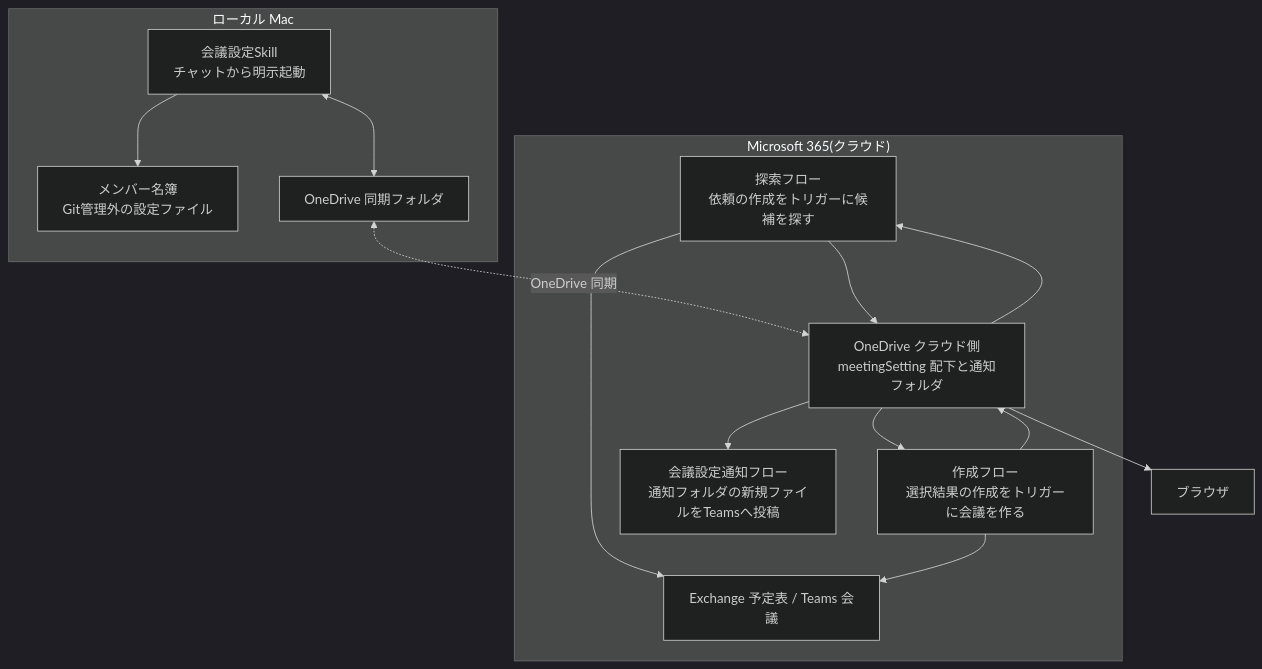
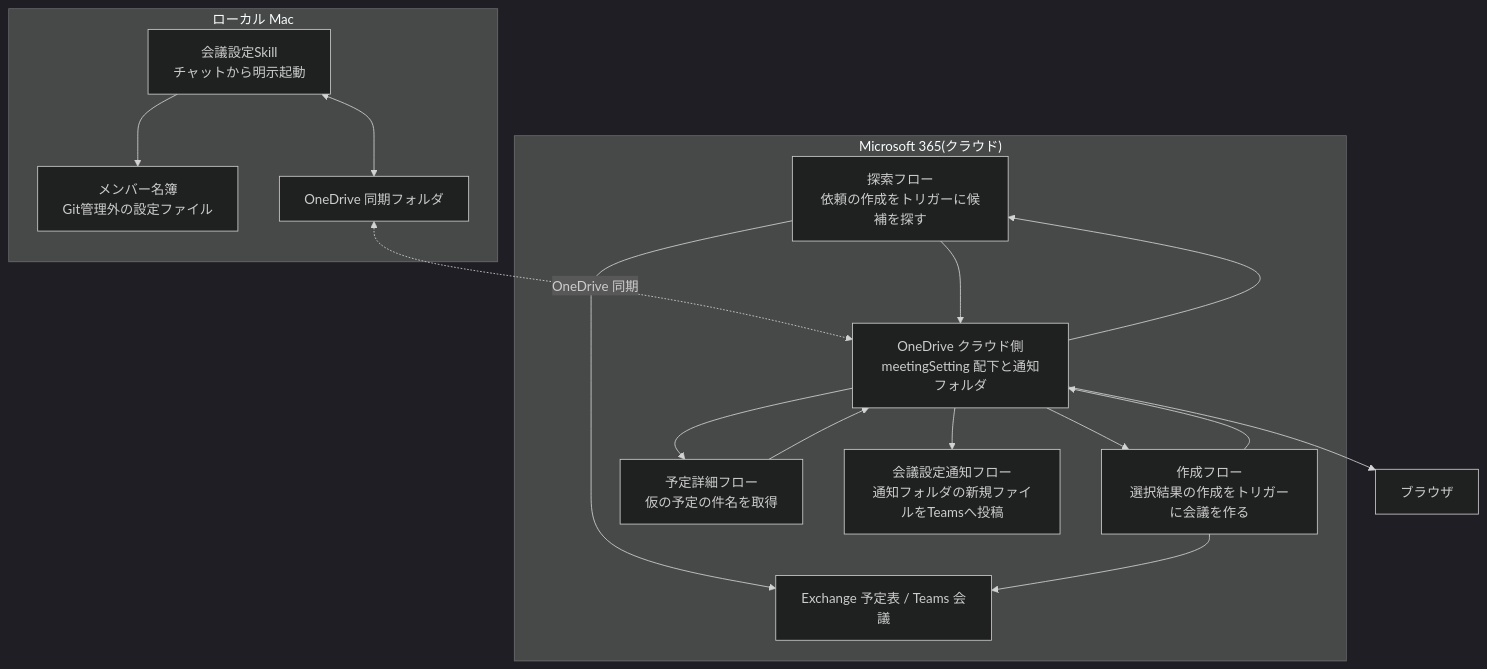
One commit to dnode-ryosuke-yamazaki/study changed the second of 2 diagrams in apps/meeting-setup-automation/specs/architecture.md. Above: the diagram before and after it, drawn with Mermaid (dark theme). The commit also changed other lines of this file and 3 other files, not shown here.

````diff
--- a/apps/meeting-setup-automation/specs/architecture.md
+++ b/apps/meeting-setup-automation/specs/architecture.md
@@ -80,28 +80,30 @@
 ```mermaid
 flowchart TD
     subgraph cloud["Microsoft 365(クラウド)"]
         PA1["探索フロー<br/>依頼の作成をトリガーに候補を探す"]
         PA2["作成フロー<br/>選択結果の作成をトリガーに会議を作る"]
-        PA3["会議設定通知フロー<br/>通知フォルダの新規ファイルをTeamsへ投稿"]
+        PA3["予定詳細フロー<br/>仮の予定の件名を取得"]
+        PA4["会議設定通知フロー<br/>通知フォルダの新規ファイルをTeamsへ投稿"]
         CAL["Exchange 予定表 / Teams 会議"]
         ODC["OneDrive クラウド側<br/>meetingSetting 配下と通知フォルダ"]
     end
 
     subgraph mac["ローカル Mac"]
         SKILL["会議設定Skill<br/>チャットから明示起動"]
         ROSTER["メンバー名簿<br/>Git管理外の設定ファイル"]
         ODL["OneDrive 同期フォルダ"]
     end
 
     BROWSER["ブラウザ"]
 
     SKILL --> ROSTER
     SKILL <--> ODL
     ODL <-. OneDrive 同期 .-> ODC
     ODC --> PA1 --> CAL
     PA1 --> ODC
     ODC --> PA2 --> CAL
     PA2 --> ODC
-    ODC --> PA3
+    ODC --> PA3 --> ODC
+    ODC --> PA4
     ODC --> BROWSER
 ```
````
